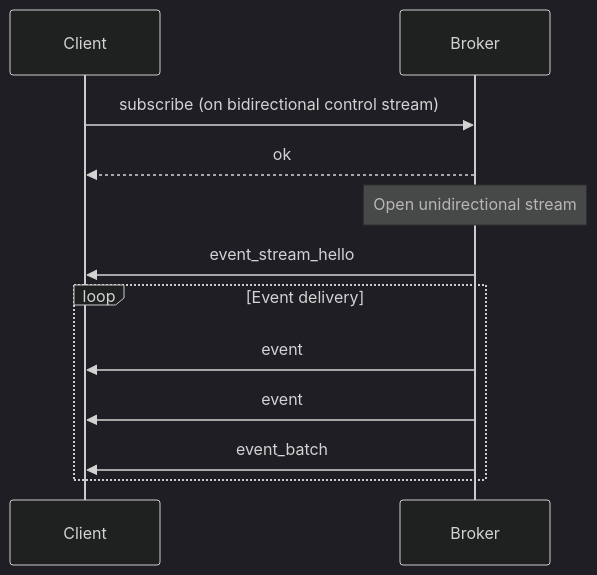
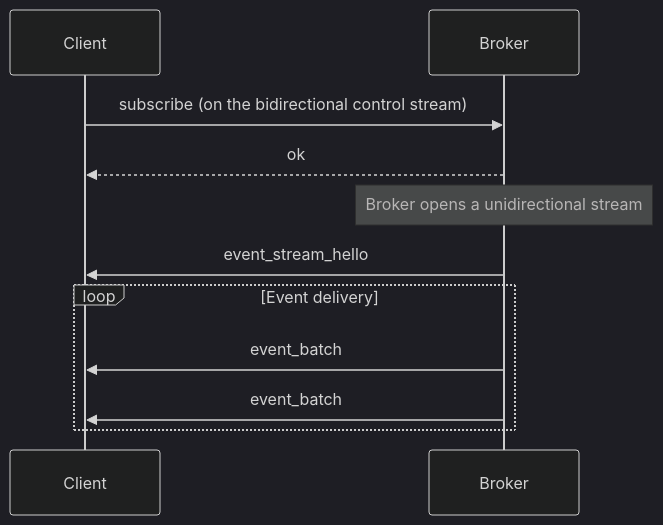
One commit to gabloe/felix changed the diagram in docs-site/src/content/docs/features/quic-transport.md. Above: the diagram before and after it, drawn with Mermaid (dark theme). The commit also changed other lines of this file and 23 other files, not shown here.

````diff
--- a/docs-site/src/content/docs/features/quic-transport.md
+++ b/docs-site/src/content/docs/features/quic-transport.md
@@ -191,15 +54,14 @@
 ```mermaid
 sequenceDiagram
     participant C as Client
     participant B as Broker
-    
-    C->>B: subscribe (on bidirectional control stream)
+
+    C->>B: subscribe (on the bidirectional control stream)
     B-->>C: ok
-    Note over B: Open unidirectional stream
+    Note over B: Broker opens a unidirectional stream
     B->>C: event_stream_hello
     loop Event delivery
-        B->>C: event
-        B->>C: event
+        B->>C: event_batch
         B->>C: event_batch
     end
 ```
````
